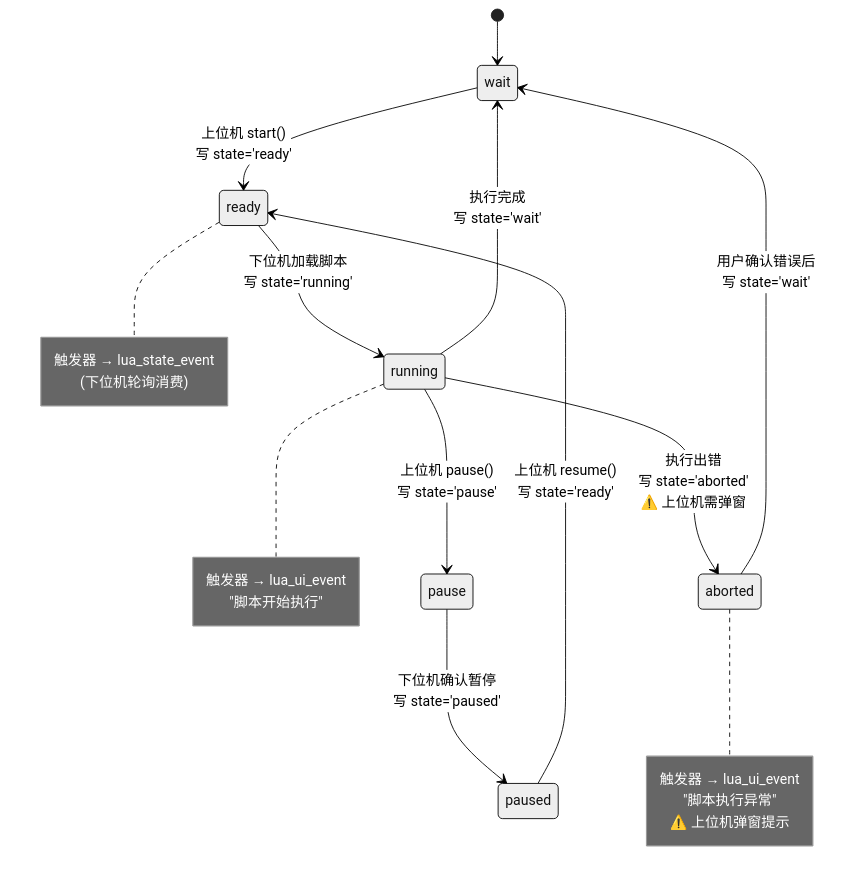
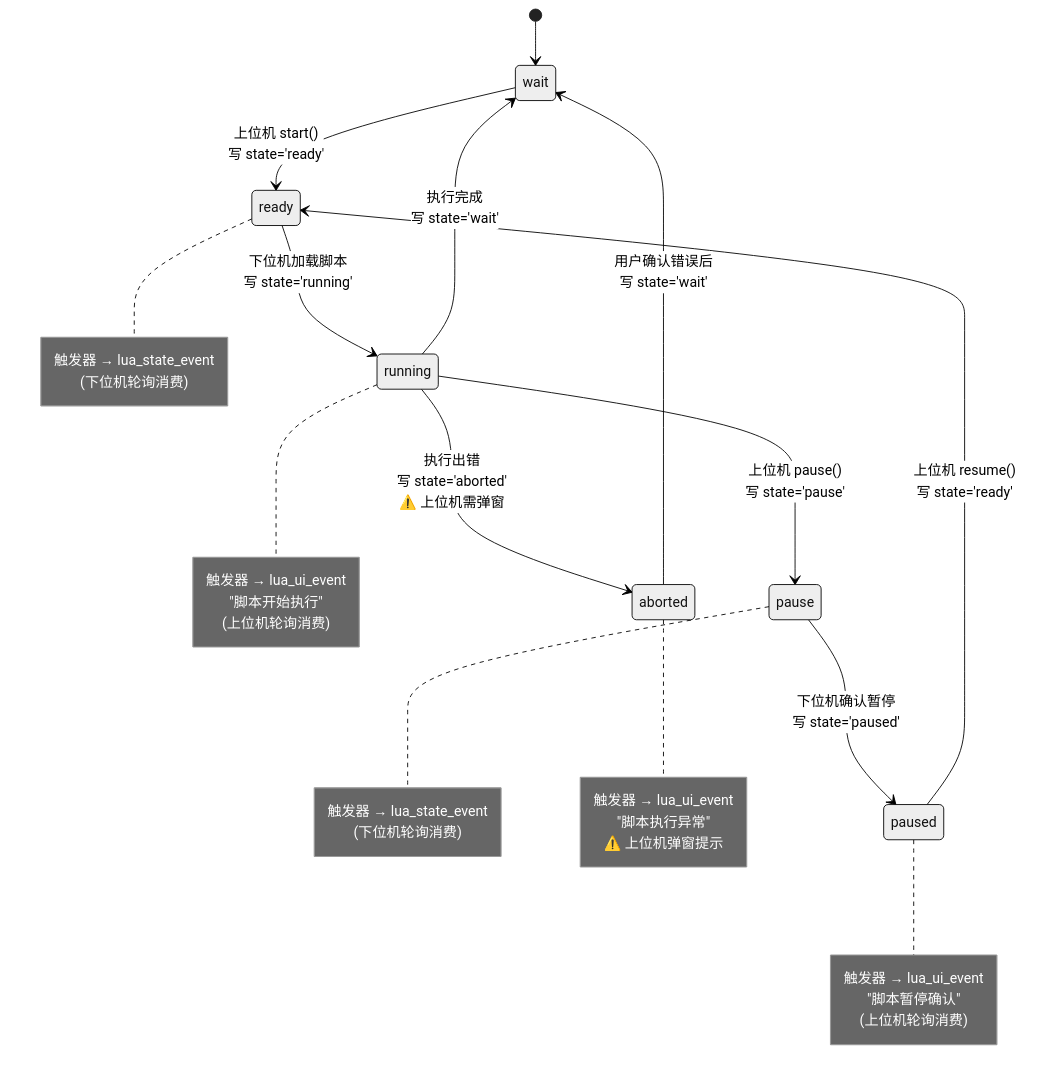
Before and after one commit to 495229520/obsidian_notes: the tenth of 14 diagrams in 10.研一上学期/MFMS_DataCenter_Architecture.md, drawn with Mermaid (neutral theme). The commit also changed other lines of this file and 19 other files, not shown here.

````diff
--- a/10.研一上学期/MFMS_DataCenter_Architecture.md
+++ b/10.研一上学期/MFMS_DataCenter_Architecture.md
@@ -537,28 +988,40 @@
 ```mermaid
 stateDiagram-v2
     [*] --> wait
     wait --> ready : 上位机 start()<br/>写 state='ready'
     ready --> running : 下位机加载脚本<br/>写 state='running'
     running --> wait : 执行完成<br/>写 state='wait'
     running --> aborted : 执行出错<br/>写 state='aborted'<br/>⚠️ 上位机需弹窗
     running --> pause : 上位机 pause()<br/>写 state='pause'
     pause --> paused : 下位机确认暂停<br/>写 state='paused'
     paused --> ready : 上位机 resume()<br/>写 state='ready'
     aborted --> wait : 用户确认错误后<br/>写 state='wait'
 
     note right of ready
         触发器 → lua_state_event
         (下位机轮询消费)
     end note
 
+    note right of pause
+        触发器 → lua_state_event
+        (下位机轮询消费)
+    end note
+
     note right of running
         触发器 → lua_ui_event
         "脚本开始执行"
+        (上位机轮询消费)
+    end note
+
+    note right of paused
+        触发器 → lua_ui_event
+        "脚本暂停确认"
+        (上位机轮询消费)
     end note
 
     note right of aborted
         触发器 → lua_ui_event
         "脚本执行异常"
         ⚠️ 上位机弹窗提示
     end note
 ```
````
